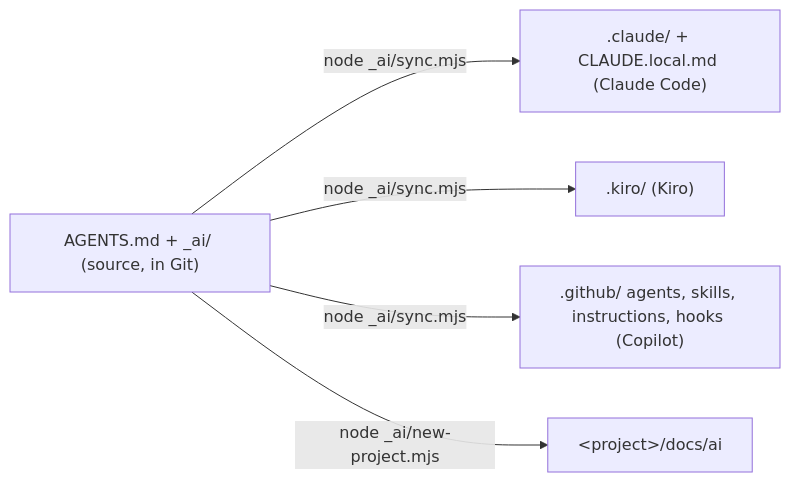
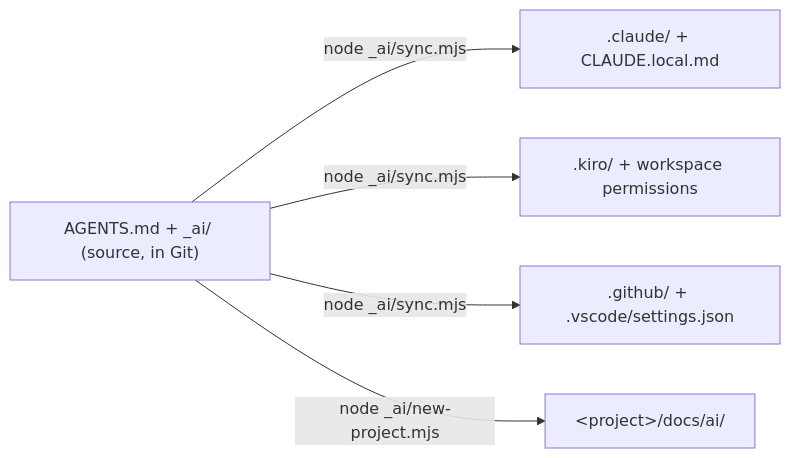
One commit to GociuRadu/AI-Setup changed the diagram in README.md. Above: the diagram before and after it, drawn with Mermaid. The commit also changed other lines of this file and 24 other files, not shown here.

Commit message:
Update AI setup: clean and retro skills, models.json, guard hook split, new plans

````diff
--- a/README.md
+++ b/README.md
@@ -5,7 +5,7 @@
 ```mermaid
 flowchart LR
-  S["AGENTS.md + _ai/ (source, in Git)"] -->|node _ai/sync.mjs| C[".claude/ + CLAUDE.local.md (Claude Code)"]
-  S -->|node _ai/sync.mjs| K[".kiro/ (Kiro)"]
-  S -->|node _ai/sync.mjs| G[".github/ agents, skills, instructions, hooks (Copilot)"]
-  S -->|node _ai/new-project.mjs| P["&lt;project&gt;/docs/ai"]
+  S["AGENTS.md + _ai/ (source, in Git)"] -->|node _ai/sync.mjs| C[".claude/ + CLAUDE.local.md"]
+  S -->|node _ai/sync.mjs| K[".kiro/ + workspace permissions"]
+  S -->|node _ai/sync.mjs| G[".github/ + .vscode/settings.json"]
+  S -->|node _ai/new-project.mjs| P["&lt;project&gt;/docs/ai/"]
 ```
````
